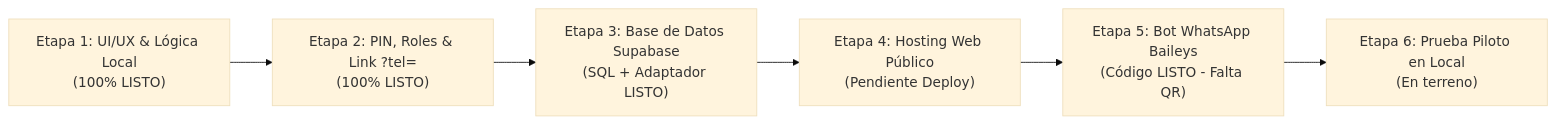
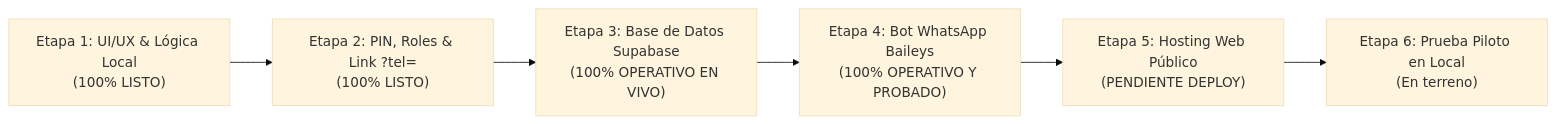
Before and after one commit to Facussttee/MiHuerta: the first of 2 diagrams in docs/05_PLAN_DE_DESARROLLO_MVP.md, drawn with Mermaid (base theme). The commit also changed other lines of this file, not shown here.

Commit message:
docs: actualizar plan de desarrollo MVP con estado real de base de datos, bot y tareas finales

````diff
--- a/docs/05_PLAN_DE_DESARROLLO_MVP.md
+++ b/docs/05_PLAN_DE_DESARROLLO_MVP.md
@@ -9,8 +9,8 @@
 ```mermaid
 flowchart LR
     E1["Etapa 1: UI/UX & Lógica Local\n(100% LISTO)"] --> E2["Etapa 2: PIN, Roles & Link ?tel=\n(100% LISTO)"]
-    E2 --> E3["Etapa 3: Base de Datos Supabase\n(SQL + Adaptador LISTO)"]
-    E3 --> E4["Etapa 4: Hosting Web Público\n(Pendiente Deploy)"]
-    E4 --> E5["Etapa 5: Bot WhatsApp Baileys\n(Código LISTO - Falta QR)"]
+    E2 --> E3["Etapa 3: Base de Datos Supabase\n(100% OPERATIVO EN VIVO)"]
+    E3 --> E4["Etapa 4: Bot WhatsApp Baileys\n(100% OPERATIVO Y PROBADO)"]
+    E4 --> E5["Etapa 5: Hosting Web Público\n(PENDIENTE DEPLOY)"]
     E5 --> E6["Etapa 6: Prueba Piloto en Local\n(En terreno)"]
 ```
````
